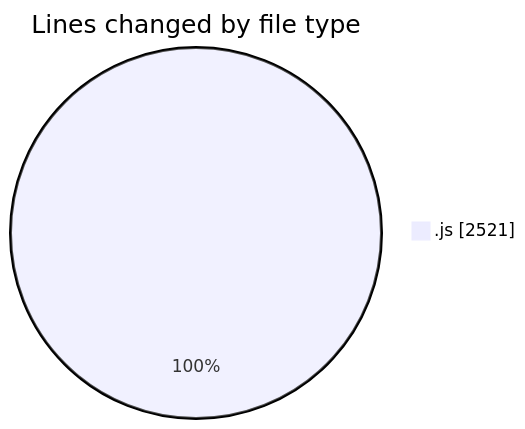
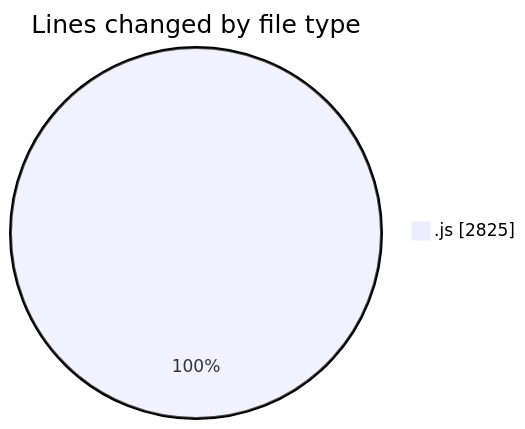
The first of 2 diagrams in 2025-08-04/javascript/README.md (Ritupan-Deka/code-tracking), drawn with Mermaid before and after one commit. The commit also changed other lines of this file and 1 other file, not shown here.

````diff
--- a/2025-08-04/javascript/README.md
+++ b/2025-08-04/javascript/README.md
@@ -24,5 +24,5 @@
 ```mermaid
 pie showData
 title Lines changed by file type
-".js" : 2521
+".js" : 2825
 ```
````
